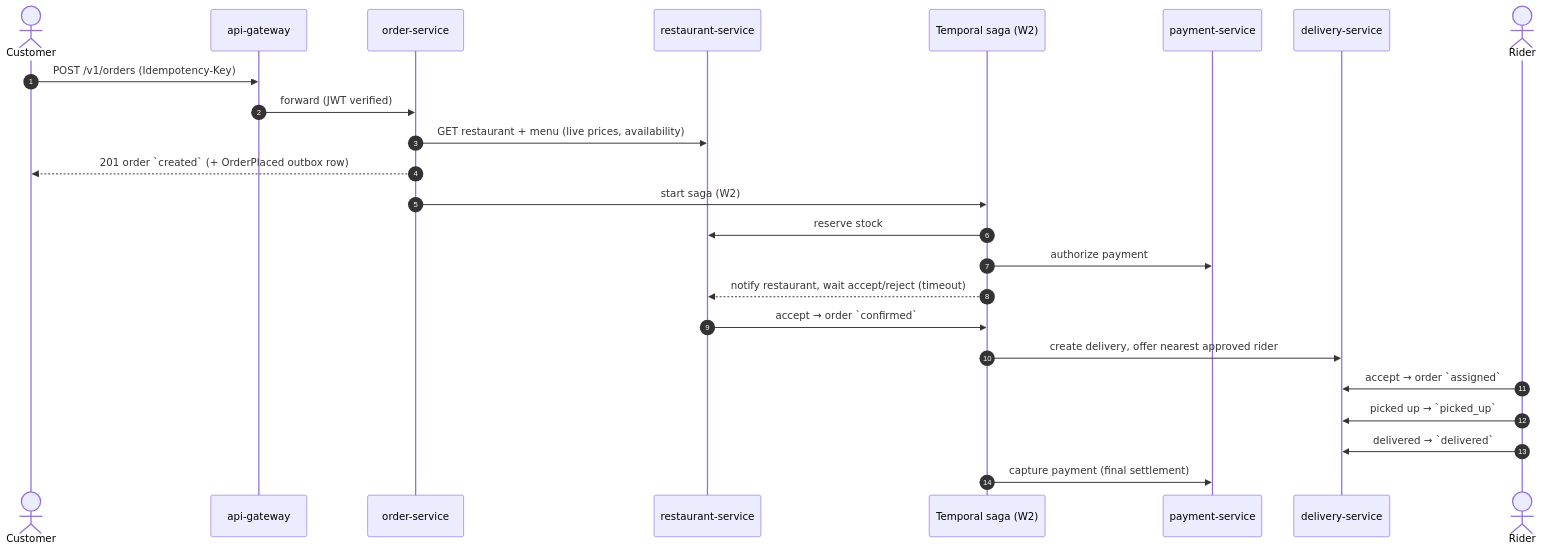
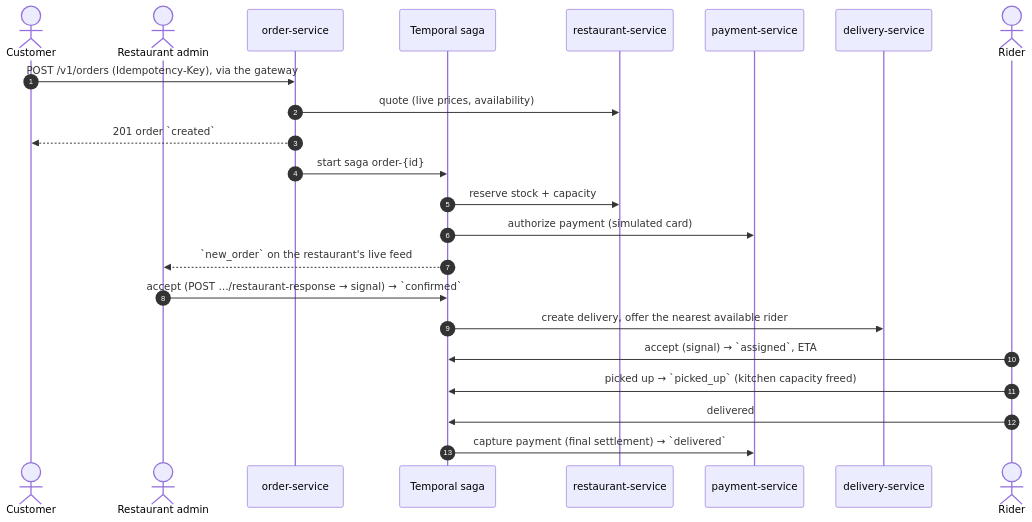
One commit to umer-emumba/smartfoodops-ms changed the diagram in README.md. Above: the diagram before and after it, drawn with Mermaid. The commit also changed other lines of this file and 8 other files, not shown here.

First line of the commit message:
Week 2 step 8: lifecycle scenarios, second seeded rider, docs and diagrams

````diff
--- a/README.md
+++ b/README.md
@@ -54,27 +54,26 @@
 ```mermaid
 sequenceDiagram
     autonumber
     actor C as Customer
-    participant GW as api-gateway
+    actor A as Restaurant admin
     participant OS as order-service
+    participant T as Temporal saga
     participant RS as restaurant-service
-    participant T as Temporal saga (W2)
     participant PS as payment-service
     participant DS as delivery-service
     actor R as Rider
 
-    C->>GW: POST /v1/orders (Idempotency-Key)
-    GW->>OS: forward (JWT verified)
-    OS->>RS: GET restaurant + menu (live prices, availability)
-    OS-->>C: 201 order `created` (+ OrderPlaced outbox row)
-    OS->>T: start saga (W2)
-    T->>RS: reserve stock
-    T->>PS: authorize payment
-    T-->>RS: notify restaurant, wait accept/reject (timeout)
-    RS->>T: accept → order `confirmed`
-    T->>DS: create delivery, offer nearest approved rider
-    R->>DS: accept → order `assigned`
-    R->>DS: picked up → `picked_up`
-    R->>DS: delivered → `delivered`
-    T->>PS: capture payment (final settlement)
+    C->>OS: POST /v1/orders (Idempotency-Key), via the gateway
+    OS->>RS: quote (live prices, availability)
+    OS-->>C: 201 order `created`
+    OS->>T: start saga order-{id}
+    T->>RS: reserve stock + capacity
+    T->>PS: authorize payment (simulated card)
+    T-->>A: `new_order` on the restaurant's live feed
+    A->>T: accept (POST …/restaurant-response → signal) → `confirmed`
+    T->>DS: create delivery, offer the nearest available rider
+    R->>T: accept (signal) → `assigned`, ETA
+    R->>T: picked up → `picked_up` (kitchen capacity freed)
+    R->>T: delivered
+    T->>PS: capture payment (final settlement) → `delivered`
 ```
````
